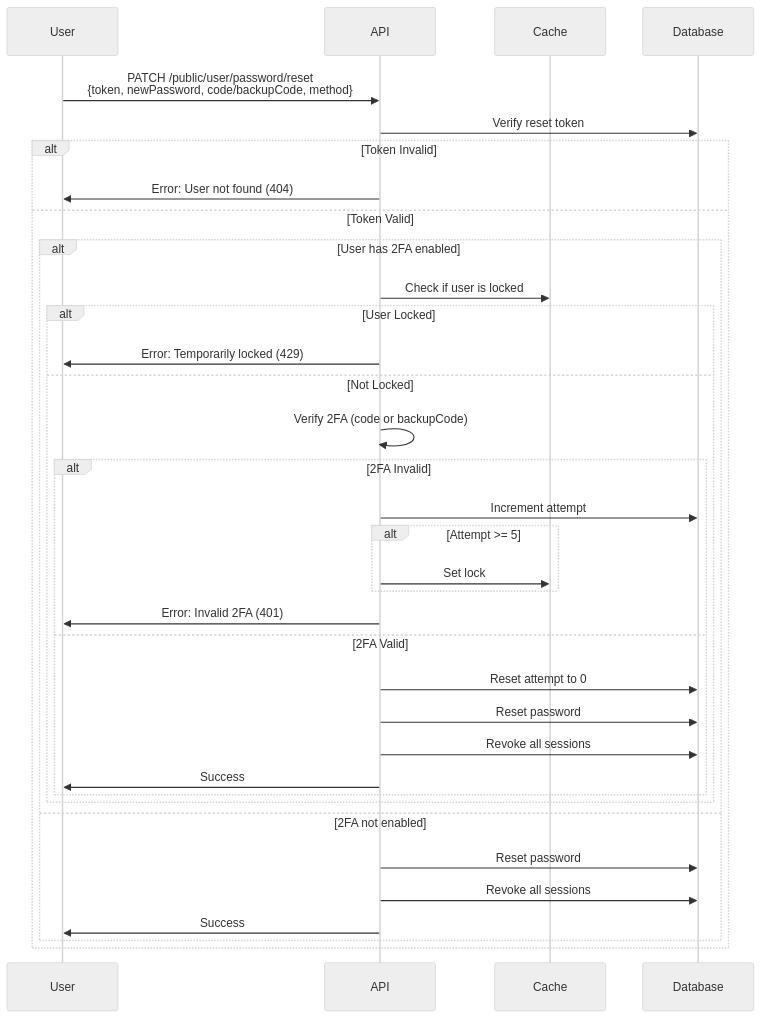
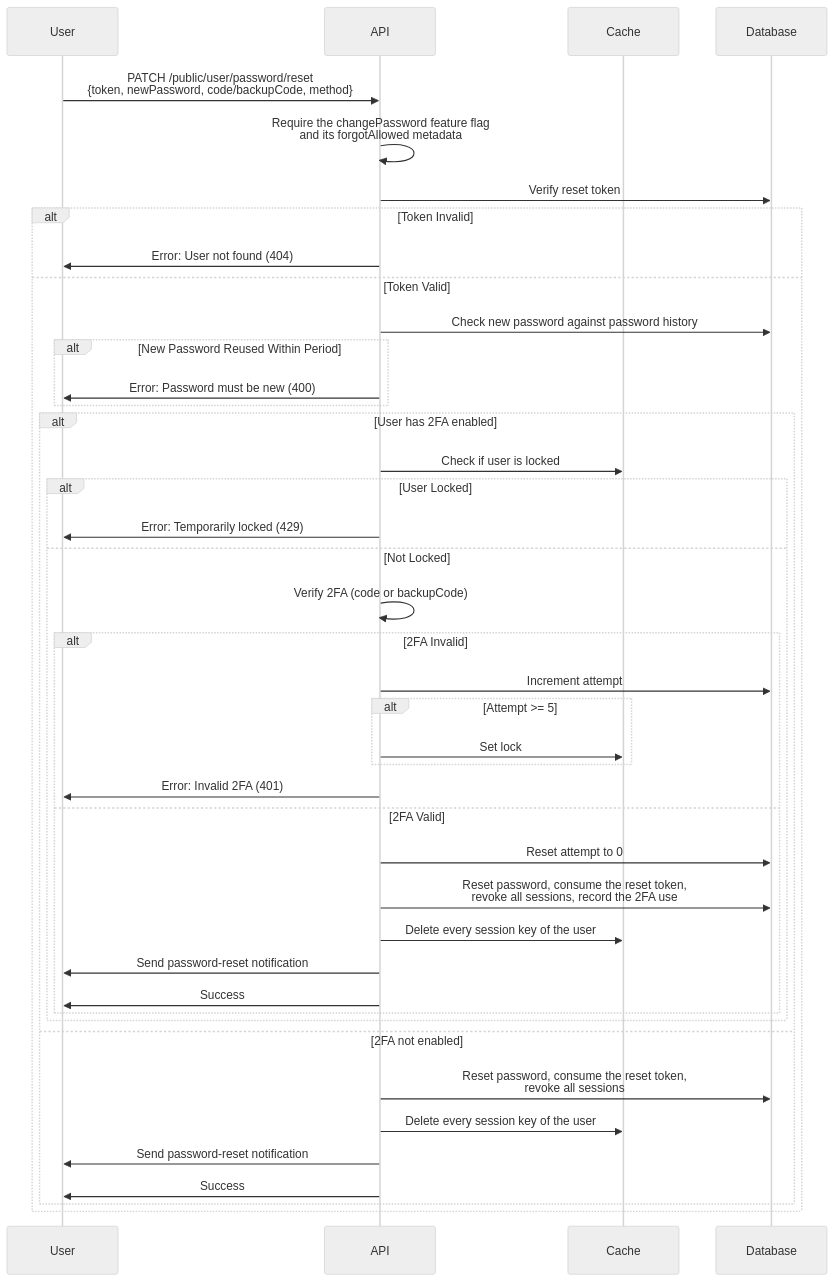
One commit to andrechristikan/ack-nestjs-boilerplate changed the eighth of 9 diagrams in docs/two-factor.md. Above: the diagram before and after it, drawn with Mermaid (neutral theme). The commit also changed other lines of this file and 62 other files, not shown here.

````diff
--- a/docs/two-factor.md
+++ b/docs/two-factor.md
@@ -433,38 +445,45 @@
 ```mermaid
 sequenceDiagram
     participant User
     participant API
     participant Cache
     participant Database
 
     User->>API: PATCH /public/user/password/reset<br/>{token, newPassword, code/backupCode, method}
+    API->>API: Require the changePassword feature flag<br/>and its forgotAllowed metadata
     API->>Database: Verify reset token
     alt Token Invalid
         API->>User: Error: User not found (404)
     else Token Valid
+        API->>Database: Check new password against password history
+        alt New Password Reused Within Period
+            API->>User: Error: Password must be new (400)
+        end
         alt User has 2FA enabled
             API->>Cache: Check if user is locked
             alt User Locked
                 API->>User: Error: Temporarily locked (429)
             else Not Locked
                 API->>API: Verify 2FA (code or backupCode)
                 alt 2FA Invalid
                     API->>Database: Increment attempt
                     alt Attempt >= 5
                         API->>Cache: Set lock
                     end
                     API->>User: Error: Invalid 2FA (401)
                 else 2FA Valid
                     API->>Database: Reset attempt to 0
-                    API->>Database: Reset password
-                    API->>Database: Revoke all sessions
+                    API->>Database: Reset password, consume the reset token,<br/>revoke all sessions, record the 2FA use
+                    API->>Cache: Delete every session key of the user
+                    API->>User: Send password-reset notification
                     API->>User: Success
                 end
             end
         else 2FA not enabled
-            API->>Database: Reset password
-            API->>Database: Revoke all sessions
+            API->>Database: Reset password, consume the reset token,<br/>revoke all sessions
+            API->>Cache: Delete every session key of the user
+            API->>User: Send password-reset notification
             API->>User: Success
         end
     end
 ```
````
